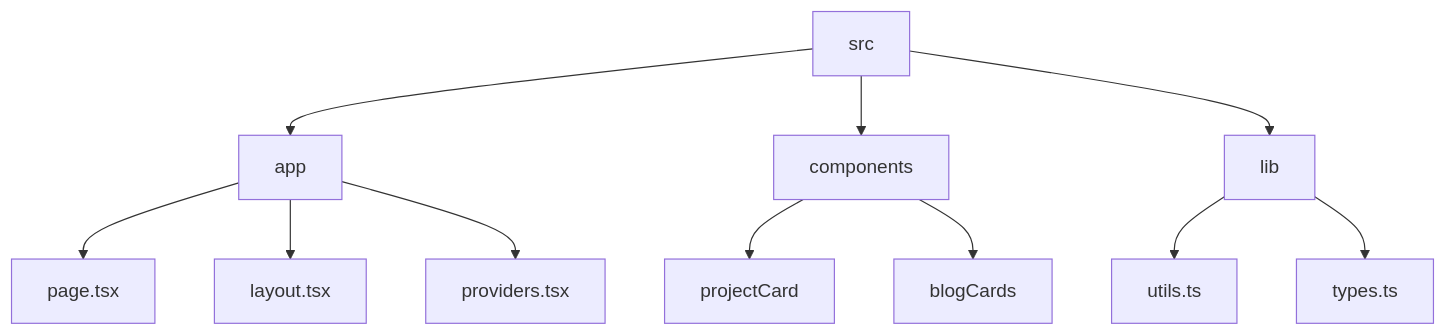
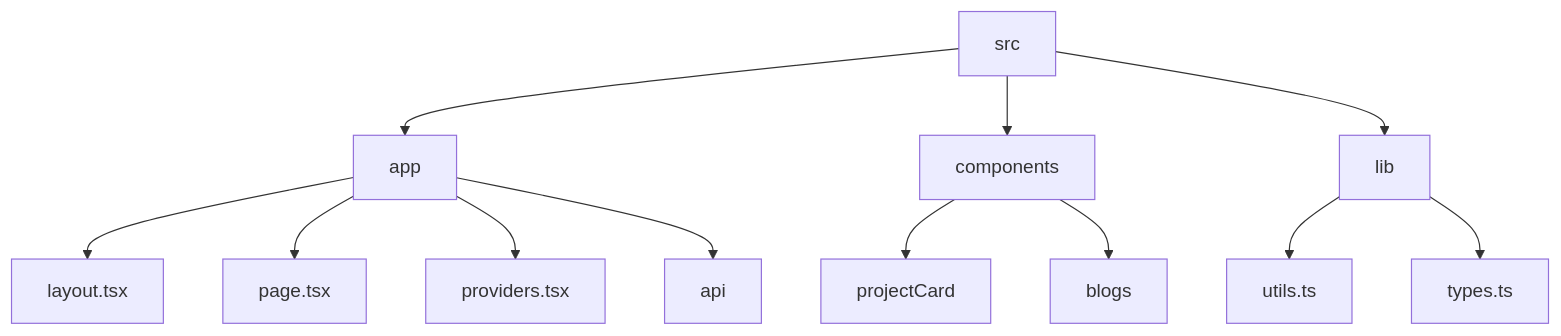
The diagram in README.md (abhraneeldhar7/portfolio), drawn with Mermaid before and after one commit. The commit also changed other lines of this file, not shown here.

````diff
--- a/README.md
+++ b/README.md
@@ -26,13 +24,14 @@
 ```mermaid
 graph TD;
   src-->app;
   src-->components;
   src-->lib;
+  app-->layout.tsx;
   app-->page.tsx;
-  app-->layout.tsx;
   app-->providers.tsx;
+  app-->api;
   components-->projectCard;
-  components-->blogCards;
+  components-->blogs;
   lib-->utils.ts;
   lib-->types.ts;
 ```
````
